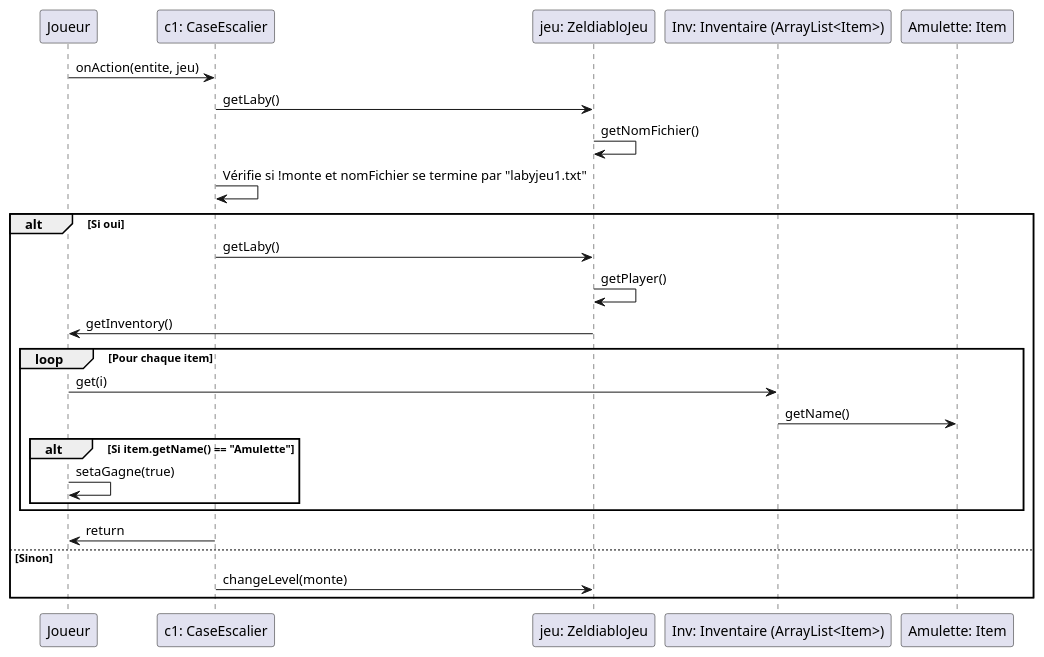
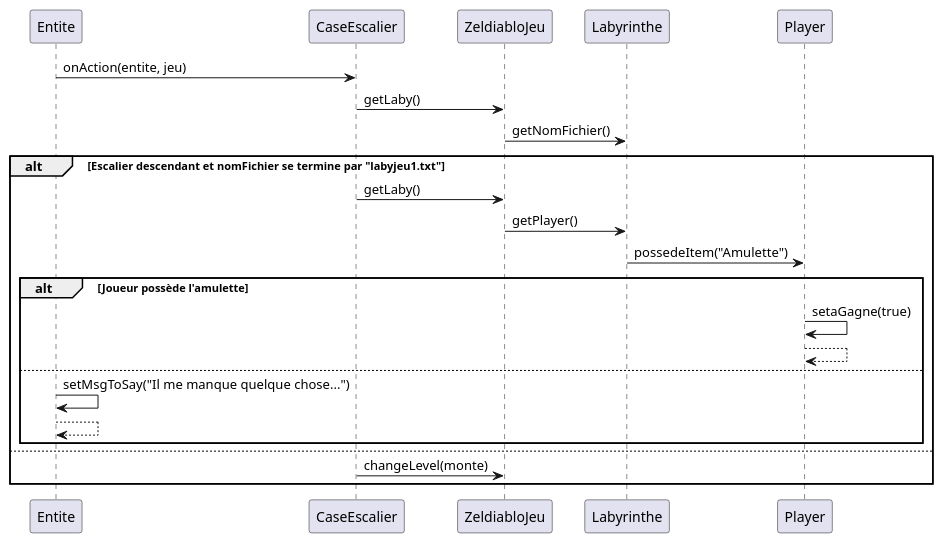
The diagram in zeldiablo/documents/iteration-4/diagrammes/Fin-du-jeu/diagramme-sequence-onAction.puml (zonetecde/BUT_S2_2025_Zeldiablo_e22359u_e82916u_e77582u_e85474u), drawn with PlantUML before and after one commit.

Commit message:
MAJ diagramme onAction

```diff
--- a/zeldiablo/documents/iteration-4/diagrammes/Fin-du-jeu/diagramme-sequence-onAction.puml
+++ b/zeldiablo/documents/iteration-4/diagrammes/Fin-du-jeu/diagramme-sequence-onAction.puml
@@ -1,27 +1,25 @@
 @startuml
-participant Joueur
-participant "c1: CaseEscalier" as CaseEscalier
-participant "jeu: ZeldiabloJeu" as ZeldiabloJeu
-participant "Inv: Inventaire (ArrayList<Item>)" as Inventaire
-participant "Amulette: Item" as Item
+participant Entite
+participant "CaseEscalier" as CaseEscalier
+participant "ZeldiabloJeu" as Jeu
+participant "Labyrinthe" as Laby
+participant "Player" as Joueur
 
-Joueur -> CaseEscalier : onAction(entite, jeu)
-CaseEscalier -> ZeldiabloJeu : getLaby()
-ZeldiabloJeu -> ZeldiabloJeu : getNomFichier()
-CaseEscalier -> CaseEscalier : Vérifie si !monte et nomFichier se termine par "labyjeu1.txt"
-alt Si oui
-    CaseEscalier -> ZeldiabloJeu : getLaby()
-    ZeldiabloJeu -> ZeldiabloJeu : getPlayer()
-    ZeldiabloJeu -> Joueur : getInventory()
-    loop Pour chaque item
-        Joueur -> Inventaire : get(i)
-        Inventaire -> Item : getName()
-        alt Si item.getName() == "Amulette"
-            Joueur -> Joueur : setaGagne(true)
-        end
+Entite -> CaseEscalier : onAction(entite, jeu)
+CaseEscalier -> Jeu : getLaby()
+Jeu -> Laby : getNomFichier()
+alt Escalier descendant et nomFichier se termine par "labyjeu1.txt"
+    CaseEscalier -> Jeu : getLaby()
+    Jeu -> Laby : getPlayer()
+    Laby -> Joueur : possedeItem("Amulette")
+    alt Joueur possède l'amulette
+        Joueur -> Joueur : setaGagne(true)
+        return
+    else
+        Entite -> Entite : setMsgToSay("Il me manque quelque chose...")
+        return
     end
-    CaseEscalier -> Joueur : return
-else Sinon
-    CaseEscalier -> ZeldiabloJeu : changeLevel(monte)
+else
+    CaseEscalier -> Jeu : changeLevel(monte)
 end
 @enduml
```
